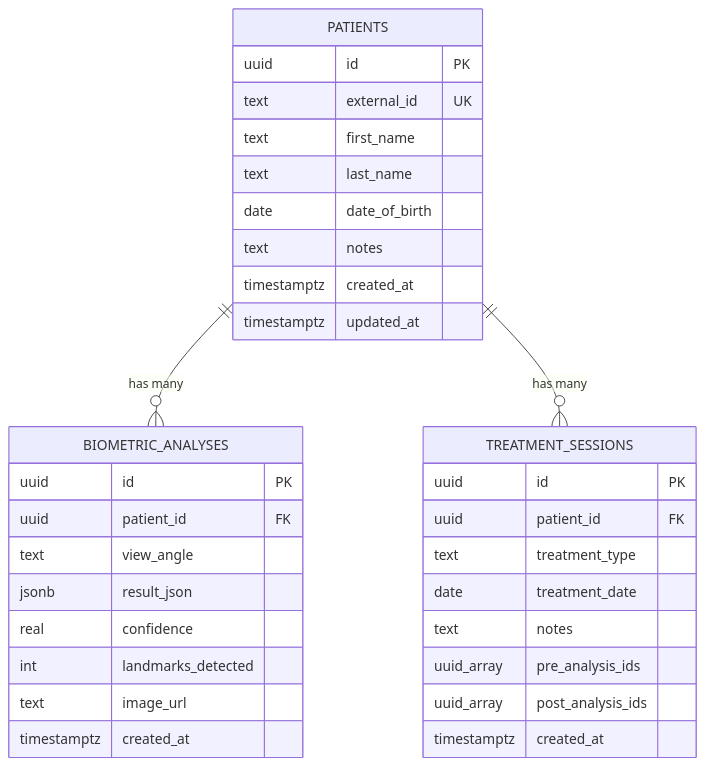
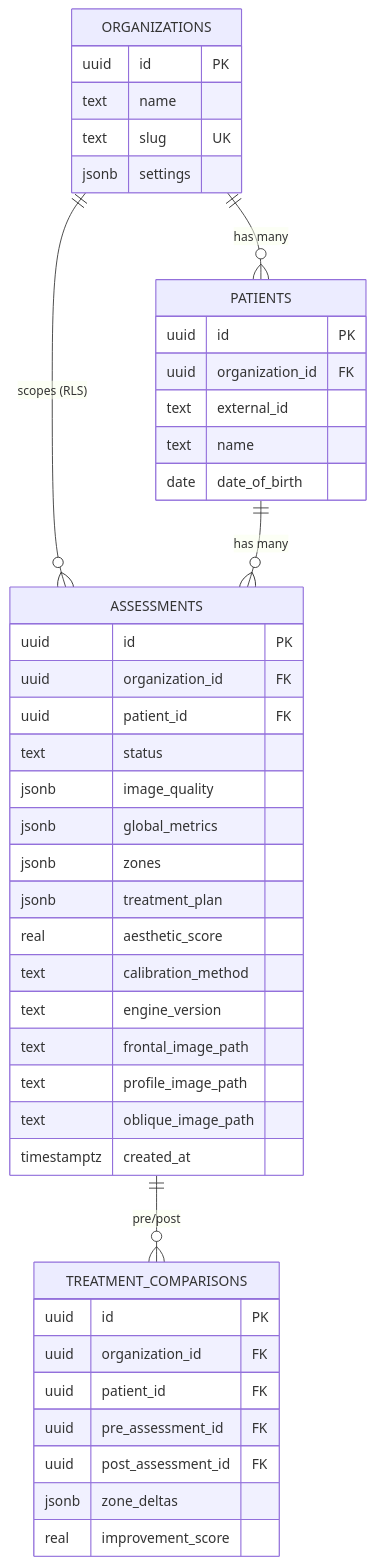
One commit to JNassar77/aesthetic-biometrics-engine changed the fourth of 6 diagrams in docs/GRAPH.md. Above: the diagram before and after it, drawn with Mermaid. The commit also changed other lines of this file and 1 other file, not shown here.

First line of the commit message:
docs: full V1→V2 refresh of FEATURES.md + GRAPH.md

````diff
--- a/docs/GRAPH.md
+++ b/docs/GRAPH.md
@@ -127,38 +128,47 @@
 ```mermaid
 erDiagram
+    ORGANIZATIONS {
+        uuid id PK
+        text name
+        text slug UK
+        jsonb settings
+    }
     PATIENTS {
         uuid id PK
-        text external_id UK
-        text first_name
-        text last_name
+        uuid organization_id FK
+        text external_id
+        text name
         date date_of_birth
-        text notes
+    }
+    ASSESSMENTS {
+        uuid id PK
+        uuid organization_id FK
+        uuid patient_id FK
+        text status
+        jsonb image_quality
+        jsonb global_metrics
+        jsonb zones
+        jsonb treatment_plan
+        real aesthetic_score
+        text calibration_method
+        text engine_version
+        text frontal_image_path
+        text profile_image_path
+        text oblique_image_path
         timestamptz created_at
-        timestamptz updated_at
+    }
+    TREATMENT_COMPARISONS {
+        uuid id PK
+        uuid organization_id FK
+        uuid patient_id FK
+        uuid pre_assessment_id FK
+        uuid post_assessment_id FK
+        jsonb zone_deltas
+        real improvement_score
     }
 
-    BIOMETRIC_ANALYSES {
-        uuid id PK
-        uuid patient_id FK
-        text view_angle
-        jsonb result_json
-        real confidence
-        int landmarks_detected
-        text image_url
-        timestamptz created_at
-    }
-
-    TREATMENT_SESSIONS {
-        uuid id PK
-        uuid patient_id FK
-        text treatment_type
-        date treatment_date
-        text notes
-        uuid_array pre_analysis_ids
-        uuid_array post_analysis_ids
-        timestamptz created_at
-    }
-
-    PATIENTS ||--o{ BIOMETRIC_ANALYSES : "has many"
-    PATIENTS ||--o{ TREATMENT_SESSIONS : "has many"
+    ORGANIZATIONS ||--o{ PATIENTS : "has many"
+    ORGANIZATIONS ||--o{ ASSESSMENTS : "scopes (RLS)"
+    PATIENTS ||--o{ ASSESSMENTS : "has many"
+    ASSESSMENTS ||--o{ TREATMENT_COMPARISONS : "pre/post"
 ```
````
